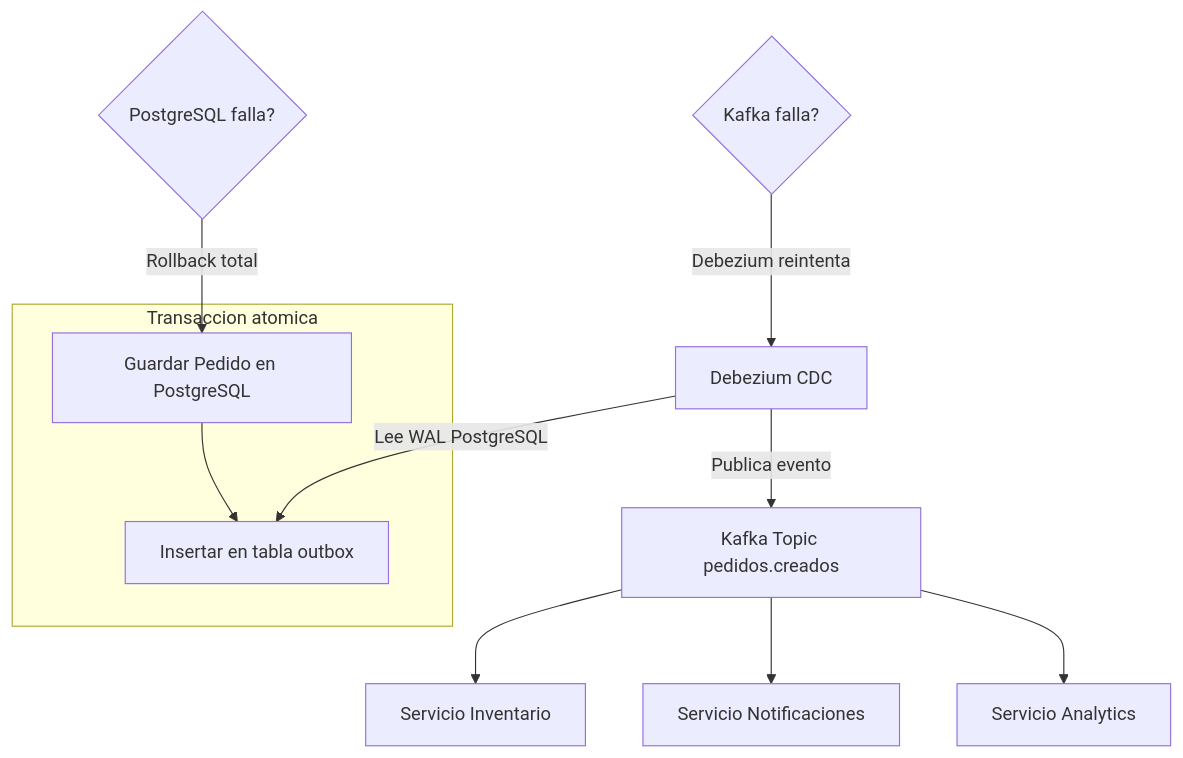
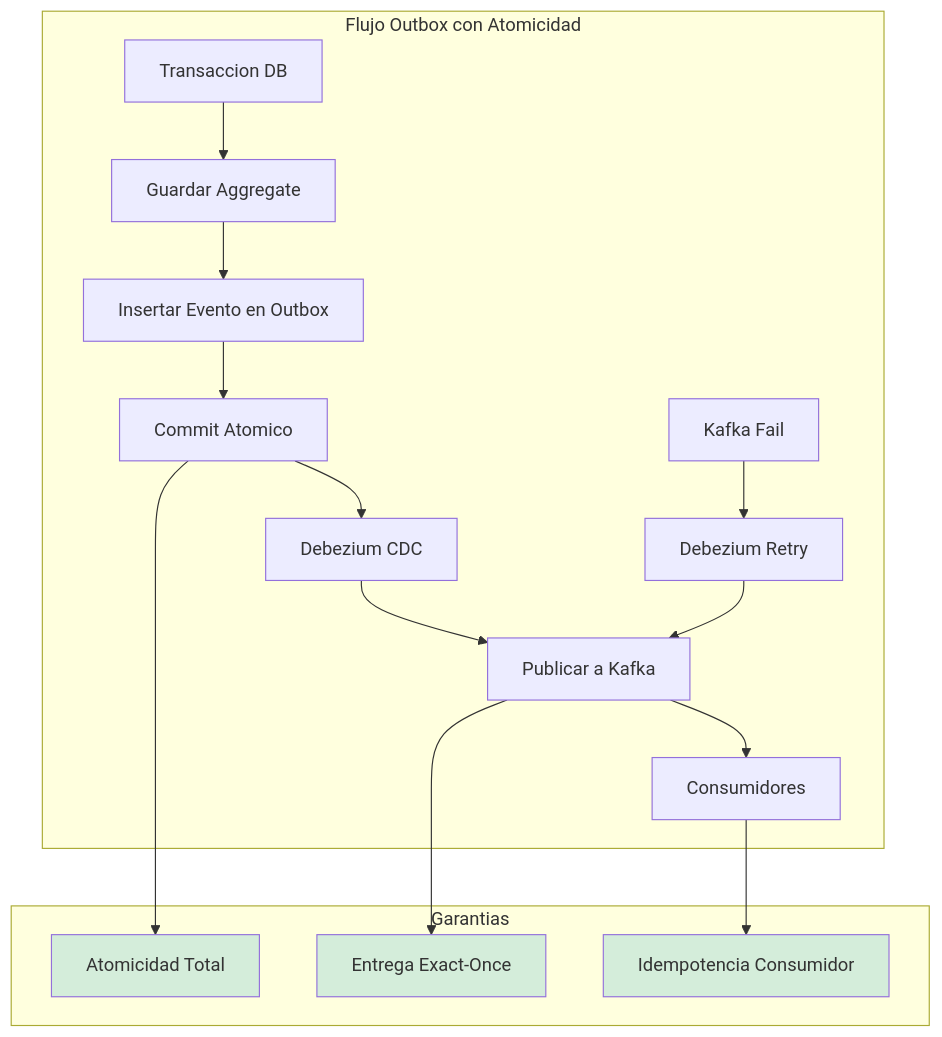
One commit to Joaquinriosheredia/DAM-Java-Mastery changed the first of 2 diagrams in 02_Arquitectura/event_driven_architecture_transactional_outbox_java_21_STAFF.md. Above: the diagram before and after it, drawn with Mermaid. The commit also changed other lines of this file, not shown here.

Commit message:
event_driven_architecture_transactional_outbox_java_21_STAFF.md

````diff
--- a/02_Arquitectura/event_driven_architecture_transactional_outbox_java_21_STAFF.md
+++ b/02_Arquitectura/event_driven_architecture_transactional_outbox_java_21_STAFF.md
@@ -27,15 +40,25 @@
 ```mermaid
 graph TD
-    subgraph Transaccion atomica
-        A[Guardar Pedido en PostgreSQL]
-        B[Insertar en tabla outbox]
-        A --> B
+    subgraph "Flujo Outbox con Atomicidad"
+        TX[Transaccion DB] --> SAVE[Guardar Aggregate]
+        SAVE --> OUTBOX[Insertar Evento en Outbox]
+        OUTBOX --> COMMIT[Commit Atomico]
+        
+        COMMIT --> CDC[Debezium CDC]
+        CDC --> KAFKA[Publicar a Kafka]
+        KAFKA --> CONS[Consumidores]
+        
+        FAIL[Kafka Fail] --> RETRY[Debezium Retry]
+        RETRY --> KAFKA
     end
-    C[Debezium CDC] -->|Lee WAL PostgreSQL| B
-    C -->|Publica evento| D[Kafka Topic pedidos.creados]
-    D --> E[Servicio Inventario]
-    D --> F[Servicio Notificaciones]
-    D --> G[Servicio Analytics]
-    H{Kafka falla?} -->|Debezium reintenta| C
-    I{PostgreSQL falla?} -->|Rollback total| A
+    
+    subgraph "Garantias"
+        COMMIT --> ATOM[Atomicidad Total]
+        KAFKA --> DELIV[Entrega Exact-Once]
+        CONS --> IDEM[Idempotencia Consumidor]
+    end
+    
+    style ATOM fill:#d4edda
+    style DELIV fill:#d4edda
+    style IDEM fill:#d4edda
 ```
````
